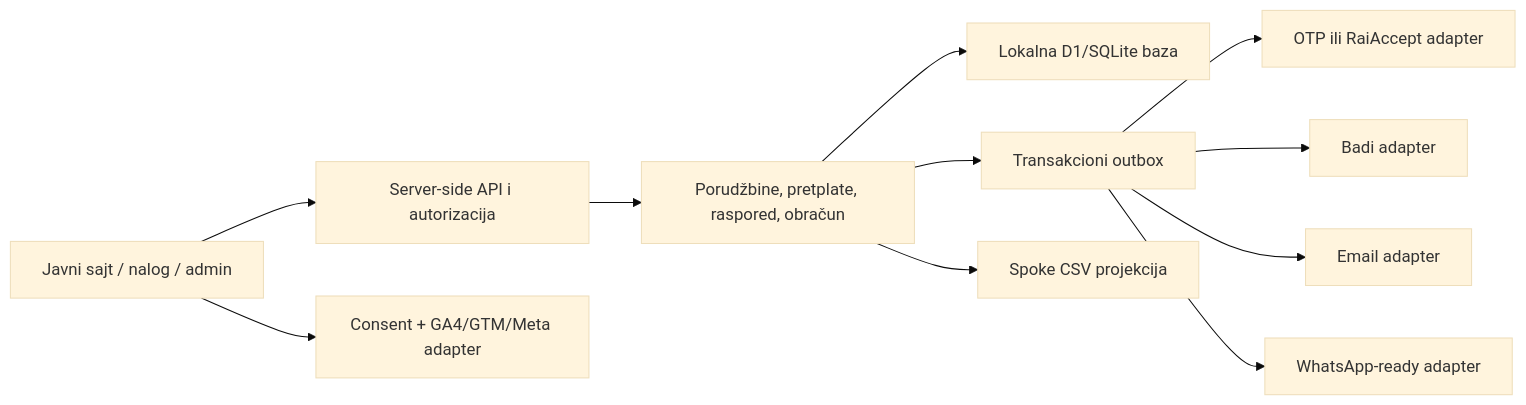
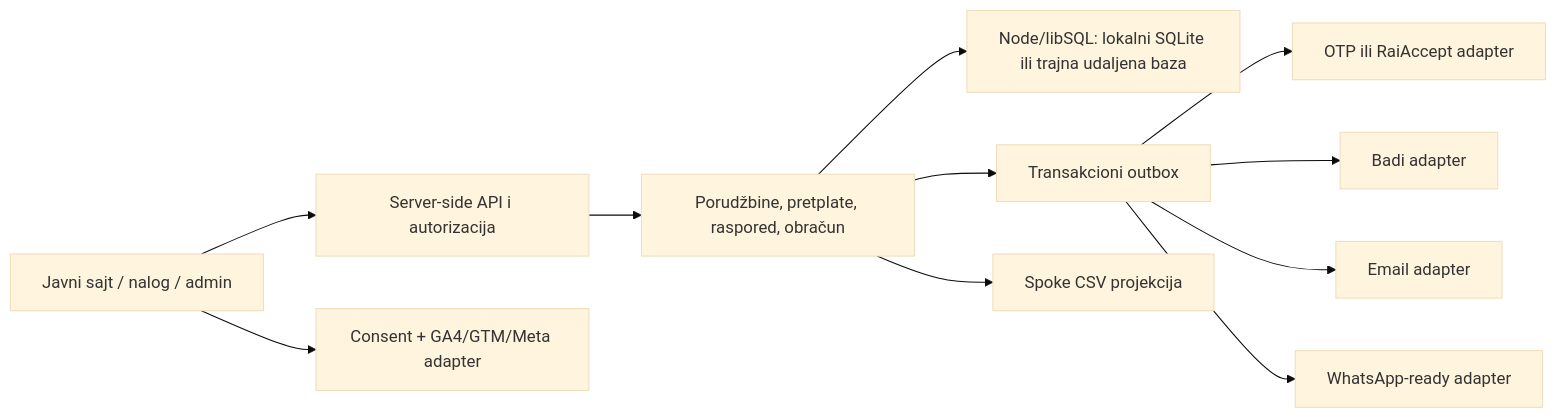
The diagram in docs/architecture.md (markomlekomleko/mlekomleko), drawn with Mermaid (base theme) before and after one commit. The commit also changed 114 other files, not shown here.

````diff
--- a/docs/architecture.md
+++ b/docs/architecture.md
@@ -23,13 +23,13 @@
 ```mermaid
 flowchart LR
   UI["Javni sajt / nalog / admin"] --> API["Server-side API i autorizacija"]
   API --> Domain["Porudžbine, pretplate, raspored, obračun"]
-  Domain --> DB["Lokalna D1/SQLite baza"]
+  Domain --> DB["Node/libSQL: lokalni SQLite ili trajna udaljena baza"]
   Domain --> Outbox["Transakcioni outbox"]
   Outbox --> Pay["OTP ili RaiAccept adapter"]
   Outbox --> Badi["Badi adapter"]
   Outbox --> Mail["Email adapter"]
   Outbox --> WA["WhatsApp-ready adapter"]
   Domain --> CSV["Spoke CSV projekcija"]
   UI --> Consent["Consent + GA4/GTM/Meta adapter"]
 ```
````
